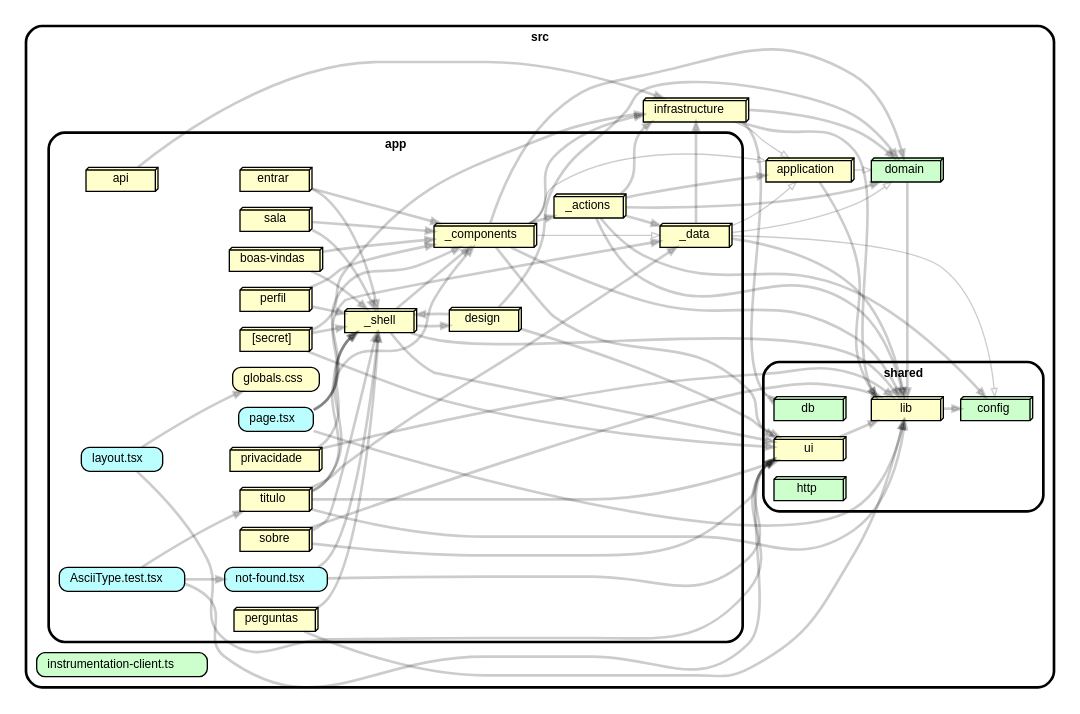
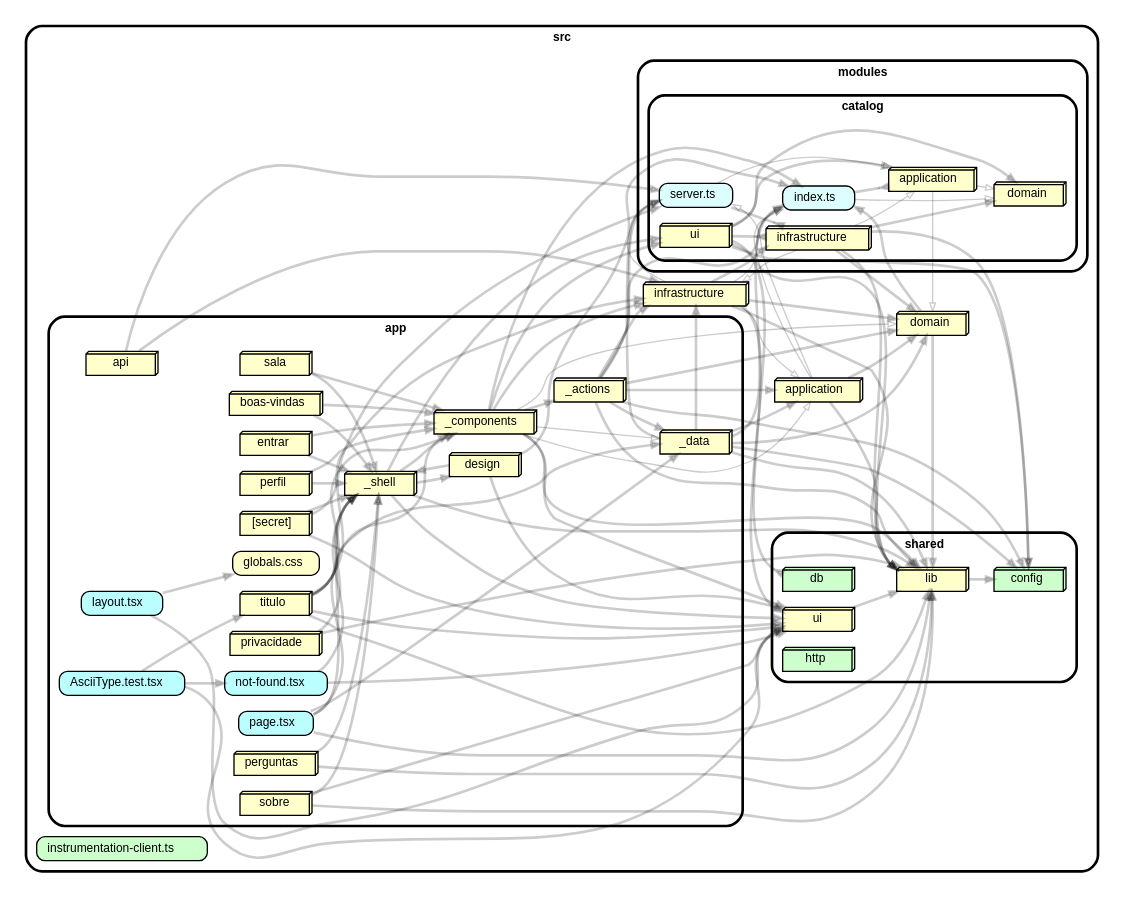
One commit to leonardocnl/kinne changed the diagram in docs/generated/dependencies.dot. Above: the diagram before and after it, drawn with Graphviz. The commit also changed 173 other files, not shown here.

Commit message:
refactor(catalog): move catalog into src/modules/catalog

```diff
--- a/docs/generated/dependencies.dot
+++ b/docs/generated/dependencies.dot
@@ -1,104 +1,143 @@
 strict digraph "dependency-cruiser output"{
     rankdir="LR" splines="true" overlap="false" nodesep="0.16" ranksep="0.18" fontname="Helvetica-bold" fontsize="9" style="rounded,bold,filled" fillcolor="#ffffff" compound="true"
     node [shape="box" style="rounded, filled" height="0.2" color="black" fillcolor="#ffffcc" fontcolor="black" fontname="Helvetica" fontsize="9"]
     edge [arrowhead="normal" arrowsize="0.6" penwidth="2.0" color="#00000033" fontname="Helvetica" fontsize="9"]
 
     subgraph "cluster_src" {label="src" subgraph "cluster_src/app" {label="app" "src/app/AsciiType.test.tsx" [label=<AsciiType.test.tsx> tooltip="AsciiType.test.tsx" URL="src/app/AsciiType.test.tsx" fillcolor="#bbfeff"] } }
     "src/app/AsciiType.test.tsx" -> "src/app/not-found.tsx"
     "src/app/AsciiType.test.tsx" -> "src/app/titulo"
     "src/app/AsciiType.test.tsx" -> "src/shared/ui"
     subgraph "cluster_src" {label="src" subgraph "cluster_src/app" {label="app" "src/app/[secret]" [label=<[secret]> tooltip="[secret]" URL="src/app/[secret]" shape="box3d"] } }
     "src/app/[secret]" -> "src/infrastructure"
     "src/app/[secret]" -> "src/shared/ui"
     "src/app/[secret]" -> "src/app/_shell"
     subgraph "cluster_src" {label="src" subgraph "cluster_src/app" {label="app" "src/app/_actions" [label=<_actions> tooltip="_actions" URL="src/app/_actions" shape="box3d"] } }
     "src/app/_actions" -> "src/app/_data"
     "src/app/_actions" -> "src/application"
+    "src/app/_actions" -> "src/infrastructure"
+    "src/app/_actions" -> "src/shared/lib"
     "src/app/_actions" -> "src/domain"
-    "src/app/_actions" -> "src/infrastructure"
+    "src/app/_actions" -> "src/modules/catalog/server.ts"
+    "src/app/_actions" -> "src/modules/catalog/index.ts"
     "src/app/_actions" -> "src/shared/config"
-    "src/app/_actions" -> "src/shared/lib"
     subgraph "cluster_src" {label="src" subgraph "cluster_src/app" {label="app" "src/app/_components" [label=<_components> tooltip="_components" URL="src/app/_components" shape="box3d"] } }
+    "src/app/_components" -> "src/app/_actions"
+    "src/app/_components" -> "src/application" [arrowhead="onormal" penwidth="1.0"]
+    "src/app/_components" -> "src/infrastructure"
     "src/app/_components" -> "src/shared/ui"
-    "src/app/_components" -> "src/app/_actions"
-    "src/app/_components" -> "src/domain"
-    "src/app/_components" -> "src/infrastructure"
-    "src/app/_components" -> "src/application" [arrowhead="onormal" penwidth="1.0"]
+    "src/app/_components" -> "src/domain" [arrowhead="onormal" penwidth="1.0"]
+    "src/app/_components" -> "src/modules/catalog/index.ts"
+    "src/app/_components" -> "src/modules/catalog/ui"
     "src/app/_components" -> "src/app/_data" [arrowhead="onormal" penwidth="1.0"]
     "src/app/_components" -> "src/shared/lib"
     subgraph "cluster_src" {label="src" subgraph "cluster_src/app" {label="app" "src/app/_data" [label=<_data> tooltip="_data" URL="src/app/_data" shape="box3d"] } }
-    "src/app/_data" -> "src/application" [arrowhead="onormal" penwidth="1.0"]
-    "src/app/_data" -> "src/domain" [arrowhead="onormal" penwidth="1.0"]
+    "src/app/_data" -> "src/application"
+    "src/app/_data" -> "src/domain"
     "src/app/_data" -> "src/infrastructure"
-    "src/app/_data" -> "src/shared/config" [arrowhead="onormal" penwidth="1.0"]
+    "src/app/_data" -> "src/modules/catalog/index.ts"
     "src/app/_data" -> "src/shared/lib"
+    "src/app/_data" -> "src/modules/catalog/server.ts"
+    "src/app/_data" -> "src/shared/config"
     subgraph "cluster_src" {label="src" subgraph "cluster_src/app" {label="app" "src/app/_shell" [label=<_shell> tooltip="_shell" URL="src/app/_shell" shape="box3d"] } }
     "src/app/_shell" -> "src/shared/lib"
     "src/app/_shell" -> "src/shared/ui"
+    "src/app/_shell" -> "src/modules/catalog/ui"
     "src/app/_shell" -> "src/app/_components"
     "src/app/_shell" -> "src/app/design"
     subgraph "cluster_src" {label="src" subgraph "cluster_src/app" {label="app" "src/app/api" [label=<api> tooltip="api" URL="src/app/api" shape="box3d"] } }
     "src/app/api" -> "src/infrastructure"
+    "src/app/api" -> "src/modules/catalog/server.ts"
     subgraph "cluster_src" {label="src" subgraph "cluster_src/app" {label="app" "src/app/boas-vindas" [label=<boas-vindas> tooltip="boas-vindas" URL="src/app/boas-vindas" shape="box3d"] } }
     "src/app/boas-vindas" -> "src/app/_components"
     "src/app/boas-vindas" -> "src/app/_shell"
     subgraph "cluster_src" {label="src" subgraph "cluster_src/app" {label="app" "src/app/design" [label=<design> tooltip="design" URL="src/app/design" shape="box3d"] } }
     "src/app/design" -> "src/shared/ui"
     "src/app/design" -> "src/app/_shell"
-    "src/app/design" -> "src/domain"
+    "src/app/design" -> "src/modules/catalog/index.ts"
     subgraph "cluster_src" {label="src" subgraph "cluster_src/app" {label="app" "src/app/entrar" [label=<entrar> tooltip="entrar" URL="src/app/entrar" shape="box3d"] } }
     "src/app/entrar" -> "src/app/_components"
     "src/app/entrar" -> "src/app/_shell"
     subgraph "cluster_src" {label="src" subgraph "cluster_src/app" {label="app" "src/app/globals.css" [label=<globals.css> tooltip="globals.css" URL="src/app/globals.css" ] } }
     subgraph "cluster_src" {label="src" subgraph "cluster_src/app" {label="app" "src/app/layout.tsx" [label=<layout.tsx> tooltip="layout.tsx" URL="src/app/layout.tsx" fillcolor="#bbfeff"] } }
     "src/app/layout.tsx" -> "src/app/globals.css"
     "src/app/layout.tsx" -> "src/shared/ui"
     subgraph "cluster_src" {label="src" subgraph "cluster_src/app" {label="app" "src/app/not-found.tsx" [label=<not-found.tsx> tooltip="not-found.tsx" URL="src/app/not-found.tsx" fillcolor="#bbfeff"] } }
     "src/app/not-found.tsx" -> "src/app/_shell"
     "src/app/not-found.tsx" -> "src/shared/ui"
     subgraph "cluster_src" {label="src" subgraph "cluster_src/app" {label="app" "src/app/page.tsx" [label=<page.tsx> tooltip="page.tsx" URL="src/app/page.tsx" fillcolor="#bbfeff"] } }
     "src/app/page.tsx" -> "src/app/_components"
     "src/app/page.tsx" -> "src/app/_data"
     "src/app/page.tsx" -> "src/app/_shell"
     "src/app/page.tsx" -> "src/shared/lib"
     subgraph "cluster_src" {label="src" subgraph "cluster_src/app" {label="app" "src/app/perfil" [label=<perfil> tooltip="perfil" URL="src/app/perfil" shape="box3d"] } }
     "src/app/perfil" -> "src/app/_components"
     "src/app/perfil" -> "src/app/_shell"
     subgraph "cluster_src" {label="src" subgraph "cluster_src/app" {label="app" "src/app/perguntas" [label=<perguntas> tooltip="perguntas" URL="src/app/perguntas" shape="box3d"] } }
     "src/app/perguntas" -> "src/app/_shell"
     "src/app/perguntas" -> "src/shared/lib"
     subgraph "cluster_src" {label="src" subgraph "cluster_src/app" {label="app" "src/app/privacidade" [label=<privacidade> tooltip="privacidade" URL="src/app/privacidade" shape="box3d"] } }
     "src/app/privacidade" -> "src/app/_shell"
     "src/app/privacidade" -> "src/shared/lib"
     subgraph "cluster_src" {label="src" subgraph "cluster_src/app" {label="app" "src/app/sala" [label=<sala> tooltip="sala" URL="src/app/sala" shape="box3d"] } }
     "src/app/sala" -> "src/app/_components"
     "src/app/sala" -> "src/app/_shell"
     subgraph "cluster_src" {label="src" subgraph "cluster_src/app" {label="app" "src/app/sobre" [label=<sobre> tooltip="sobre" URL="src/app/sobre" shape="box3d"] } }
     "src/app/sobre" -> "src/shared/lib"
     "src/app/sobre" -> "src/shared/ui"
     "src/app/sobre" -> "src/app/_shell"
     subgraph "cluster_src" {label="src" subgraph "cluster_src/app" {label="app" "src/app/titulo" [label=<titulo> tooltip="titulo" URL="src/app/titulo" shape="box3d"] } }
     "src/app/titulo" -> "src/shared/ui"
     "src/app/titulo" -> "src/app/_components"
     "src/app/titulo" -> "src/app/_data"
+    "src/app/titulo" -> "src/modules/catalog/server.ts"
     "src/app/titulo" -> "src/shared/lib"
     "src/app/titulo" -> "src/app/_shell"
     subgraph "cluster_src" {label="src" "src/application" [label=<application> tooltip="application" URL="src/application" shape="box3d"] }
-    "src/application" -> "src/domain" [arrowhead="onormal" penwidth="1.0"]
+    "src/application" -> "src/domain"
+    "src/application" -> "src/modules/catalog/index.ts" [arrowhead="onormal" penwidth="1.0"]
     "src/application" -> "src/shared/lib"
-    subgraph "cluster_src" {label="src" "src/domain" [label=<domain> tooltip="domain" URL="src/domain" fillcolor="#ccffcc" shape="box3d"] }
+    "src/application" -> "src/modules/catalog/server.ts" [arrowhead="onormal" penwidth="1.0"]
+    subgraph "cluster_src" {label="src" "src/domain" [label=<domain> tooltip="domain" URL="src/domain" shape="box3d"] }
+    "src/domain" -> "src/modules/catalog/index.ts"
     "src/domain" -> "src/shared/lib"
     subgraph "cluster_src" {label="src" "src/infrastructure" [label=<infrastructure> tooltip="infrastructure" URL="src/infrastructure" shape="box3d"] }
     "src/infrastructure" -> "src/domain"
+    "src/infrastructure" -> "src/modules/catalog/infrastructure"
     "src/infrastructure" -> "src/shared/db" [arrowhead="inv"]
+    "src/infrastructure" -> "src/modules/catalog/index.ts" [arrowhead="onormal" penwidth="1.0"]
     "src/infrastructure" -> "src/application" [arrowhead="onormal" penwidth="1.0"]
     "src/infrastructure" -> "src/shared/lib"
+    "src/infrastructure" -> "src/modules/catalog/server.ts" [arrowhead="onormal" penwidth="1.0"]
     subgraph "cluster_src" {label="src" "src/instrumentation-client.ts" [label=<instrumentation-client.ts> tooltip="instrumentation-client.ts" URL="src/instrumentation-client.ts" fillcolor="#ccffcc"] }
+    subgraph "cluster_src" {label="src" subgraph "cluster_src/modules" {label="modules" subgraph "cluster_src/modules/catalog" {label="catalog" "src/modules/catalog/application" [label=<application> tooltip="application" URL="src/modules/catalog/application" shape="box3d"] } } }
+    "src/modules/catalog/application" -> "src/modules/catalog/domain" [arrowhead="onormal" penwidth="1.0"]
+    "src/modules/catalog/application" -> "src/domain" [arrowhead="onormal" penwidth="1.0"]
+    subgraph "cluster_src" {label="src" subgraph "cluster_src/modules" {label="modules" subgraph "cluster_src/modules/catalog" {label="catalog" "src/modules/catalog/domain" [label=<domain> tooltip="domain" URL="src/modules/catalog/domain" shape="box3d"] } } }
+    subgraph "cluster_src" {label="src" subgraph "cluster_src/modules" {label="modules" subgraph "cluster_src/modules/catalog" {label="catalog" "src/modules/catalog/index.ts" [label=<index.ts> tooltip="index.ts" URL="src/modules/catalog/index.ts" fillcolor="#ddfeff"] } } }
+    "src/modules/catalog/index.ts" -> "src/modules/catalog/application" [arrowhead="inv"]
+    "src/modules/catalog/index.ts" -> "src/modules/catalog/domain" [arrowhead="onormal" penwidth="1.0"]
+    subgraph "cluster_src" {label="src" subgraph "cluster_src/modules" {label="modules" subgraph "cluster_src/modules/catalog" {label="catalog" "src/modules/catalog/infrastructure" [label=<infrastructure> tooltip="infrastructure" URL="src/modules/catalog/infrastructure" shape="box3d"] } } }
+    "src/modules/catalog/infrastructure" -> "src/modules/catalog/domain"
+    "src/modules/catalog/infrastructure" -> "src/shared/lib"
+    "src/modules/catalog/infrastructure" -> "src/modules/catalog/application" [arrowhead="onormal" penwidth="1.0"]
+    "src/modules/catalog/infrastructure" -> "src/domain"
+    "src/modules/catalog/infrastructure" -> "src/infrastructure" [arrowhead="onormal" penwidth="1.0"]
+    "src/modules/catalog/infrastructure" -> "src/shared/config"
+    subgraph "cluster_src" {label="src" subgraph "cluster_src/modules" {label="modules" subgraph "cluster_src/modules/catalog" {label="catalog" "src/modules/catalog/server.ts" [label=<server.ts> tooltip="server.ts" URL="src/modules/catalog/server.ts" fillcolor="#ddfeff"] } } }
+    "src/modules/catalog/server.ts" -> "src/modules/catalog/application" [arrowhead="onormal" penwidth="1.0"]
+    "src/modules/catalog/server.ts" -> "src/modules/catalog/infrastructure" [arrowhead="inv"]
+    subgraph "cluster_src" {label="src" subgraph "cluster_src/modules" {label="modules" subgraph "cluster_src/modules/catalog" {label="catalog" "src/modules/catalog/ui" [label=<ui> tooltip="ui" URL="src/modules/catalog/ui" shape="box3d"] } } }
+    "src/modules/catalog/ui" -> "src/modules/catalog/infrastructure" [arrowhead="inv"]
+    "src/modules/catalog/ui" -> "src/modules/catalog/domain"
+    "src/modules/catalog/ui" -> "src/modules/catalog/application"
+    "src/modules/catalog/ui" -> "src/shared/config"
+    "src/modules/catalog/ui" -> "src/shared/lib"
+    "src/modules/catalog/ui" -> "src/shared/ui"
     subgraph "cluster_src" {label="src" subgraph "cluster_src/shared" {label="shared" "src/shared/config" [label=<config> tooltip="config" URL="src/shared/config" fillcolor="#ccffcc" shape="box3d"] } }
     subgraph "cluster_src" {label="src" subgraph "cluster_src/shared" {label="shared" "src/shared/db" [label=<db> tooltip="db" URL="src/shared/db" fillcolor="#ccffcc" shape="box3d"] } }
     subgraph "cluster_src" {label="src" subgraph "cluster_src/shared" {label="shared" "src/shared/http" [label=<http> tooltip="http" URL="src/shared/http" fillcolor="#ccffcc" shape="box3d"] } }
     subgraph "cluster_src" {label="src" subgraph "cluster_src/shared" {label="shared" "src/shared/lib" [label=<lib> tooltip="lib" URL="src/shared/lib" shape="box3d"] } }
     "src/shared/lib" -> "src/shared/config"
     subgraph "cluster_src" {label="src" subgraph "cluster_src/shared" {label="shared" "src/shared/ui" [label=<ui> tooltip="ui" URL="src/shared/ui" shape="box3d"] } }
     "src/shared/ui" -> "src/shared/lib"
 }
```
